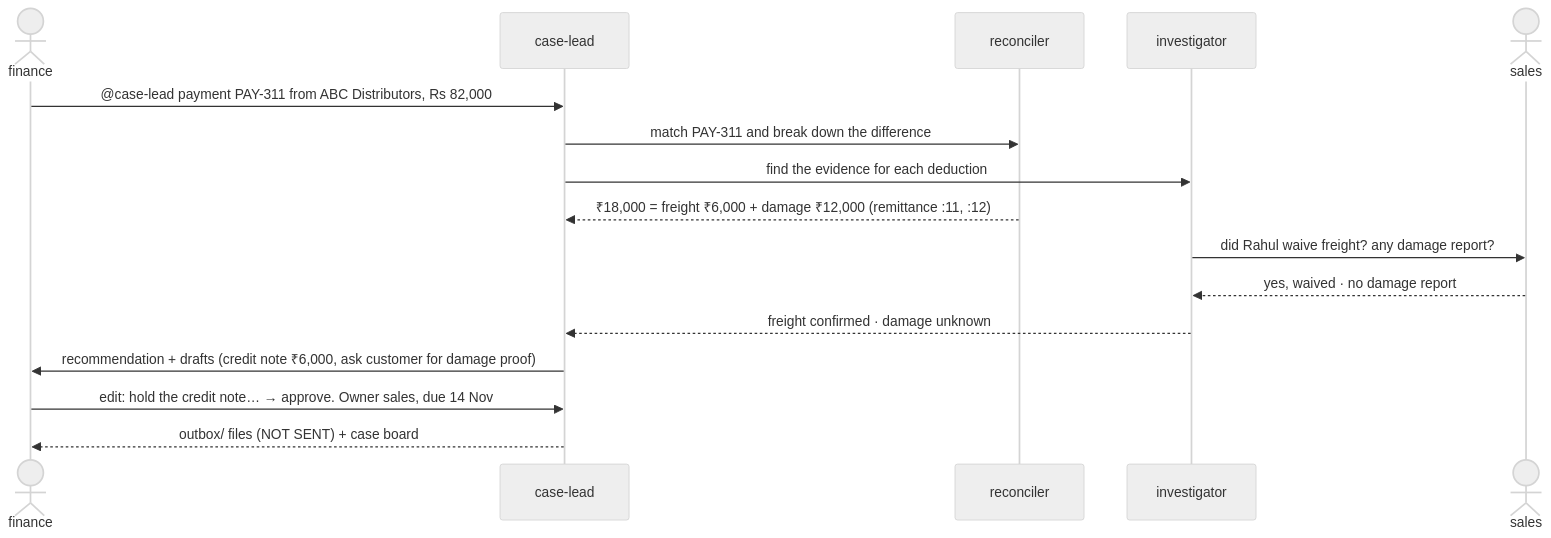
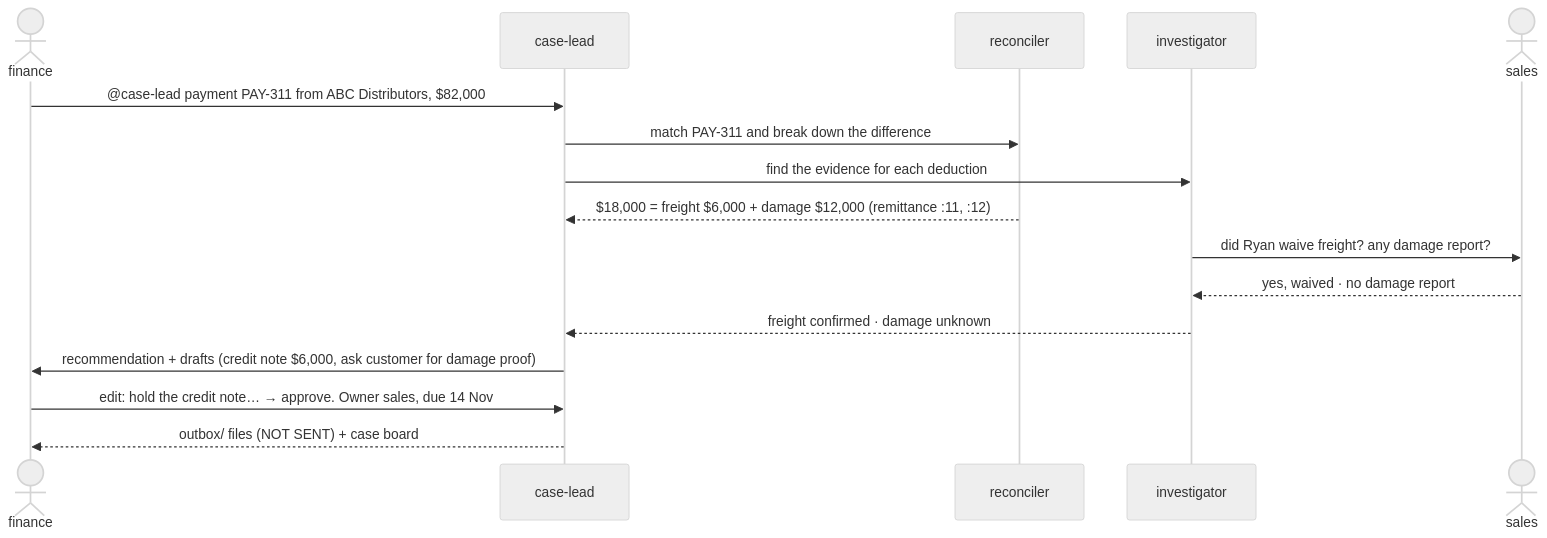
One commit to atulvinod01/recoverops changed the diagram in README.md. Above: the diagram before and after it, drawn with Mermaid (neutral theme). The commit also changed other lines of this file and 1 other file, not shown here.

````diff
--- a/README.md
+++ b/README.md
@@ -35,18 +37,18 @@
 ```mermaid
 sequenceDiagram
     actor F as finance
     participant CL as case-lead
     participant R as reconciler
     participant I as investigator
     actor S as sales
-    F->>CL: @case-lead payment PAY-311 from ABC Distributors, Rs 82,000
+    F->>CL: @case-lead payment PAY-311 from ABC Distributors, $82,000
     CL->>R: match PAY-311 and break down the difference
     CL->>I: find the evidence for each deduction
-    R-->>CL: ₹18,000 = freight ₹6,000 + damage ₹12,000 (remittance :11, :12)
-    I->>S: did Rahul waive freight? any damage report?
+    R-->>CL: $18,000 = freight $6,000 + damage $12,000 (remittance :11, :12)
+    I->>S: did Ryan waive freight? any damage report?
     S-->>I: yes, waived · no damage report
     I-->>CL: freight confirmed · damage unknown
-    CL->>F: recommendation + drafts (credit note ₹6,000, ask customer for damage proof)
+    CL->>F: recommendation + drafts (credit note $6,000, ask customer for damage proof)
     F->>CL: edit: hold the credit note… → approve. Owner sales, due 14 Nov
     CL-->>F: outbox/ files (NOT SENT) + case board
 ```
````
